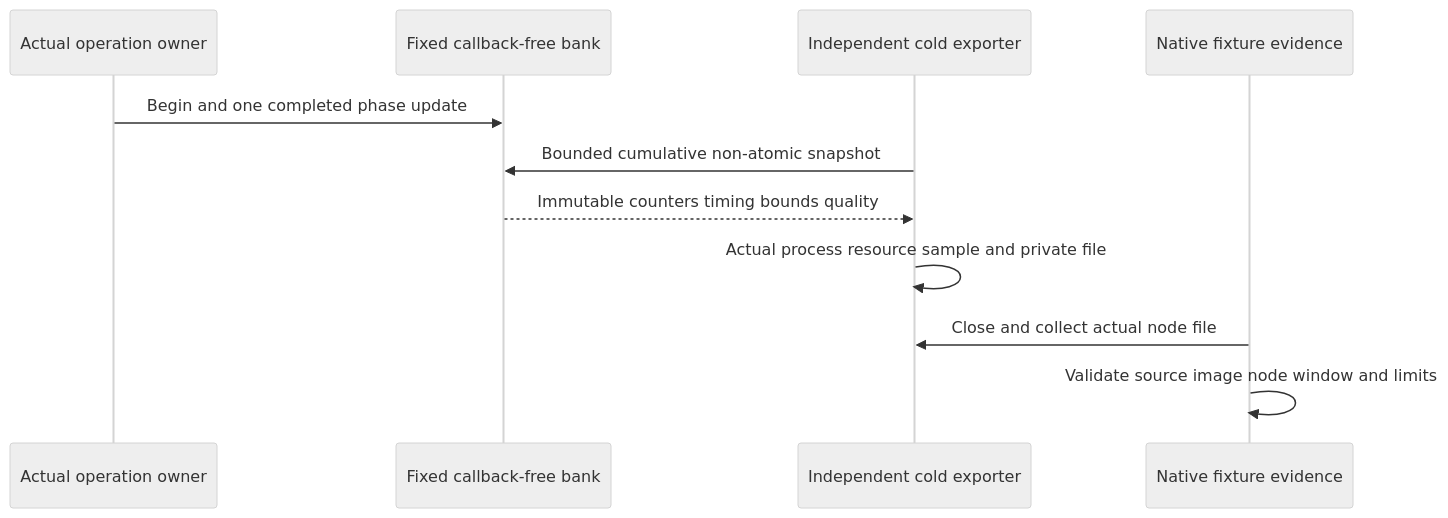
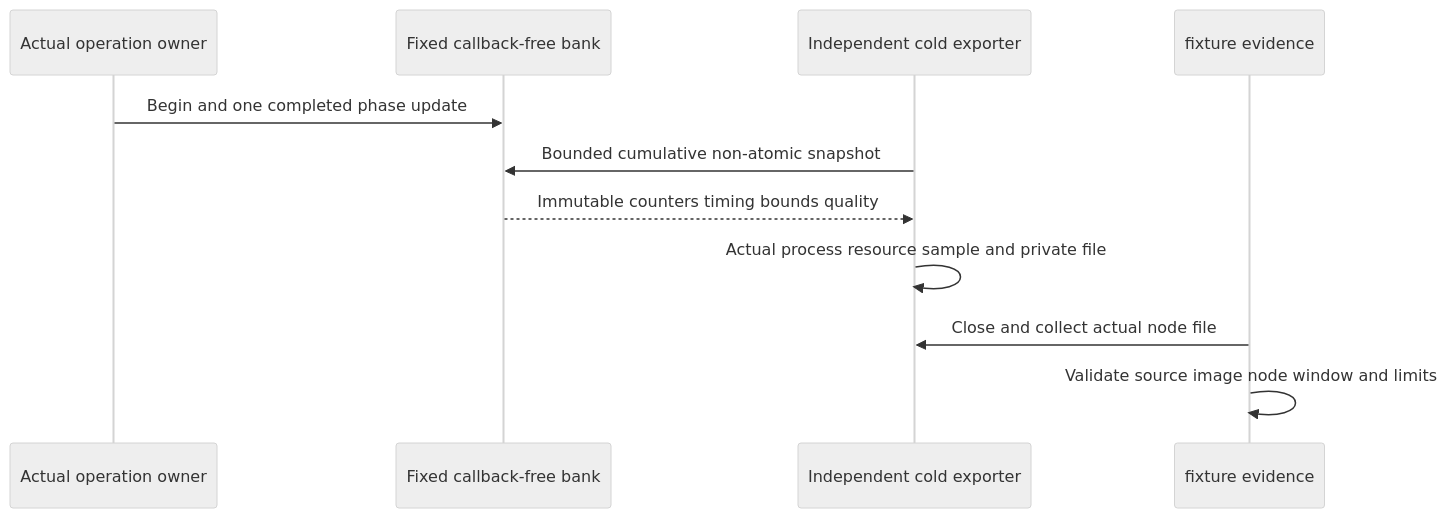
Before and after one commit to managedcode/KeyLoad: the diagram in docs/Features/ResourceExecution/DatabasePhaseProfiling.md, drawn with Mermaid (neutral theme). The commit also changed other lines of this file and 9016 other files, not shown here.

````diff
--- a/docs/Features/ResourceExecution/DatabasePhaseProfiling.md
+++ b/docs/Features/ResourceExecution/DatabasePhaseProfiling.md
@@ -21,13 +21,13 @@
 ```mermaid
 sequenceDiagram
     participant Operation as Actual operation owner
     participant Bank as Fixed callback-free bank
     participant Export as Independent cold exporter
-    participant Evidence as Native fixture evidence
+    participant Evidence as fixture evidence
     Operation->>Bank: Begin and one completed phase update
     Export->>Bank: Bounded cumulative non-atomic snapshot
     Bank-->>Export: Immutable counters timing bounds quality
     Export->>Export: Actual process resource sample and private file
     Evidence->>Export: Close and collect actual node file
     Evidence->>Evidence: Validate source image node window and limits
 ```
````
